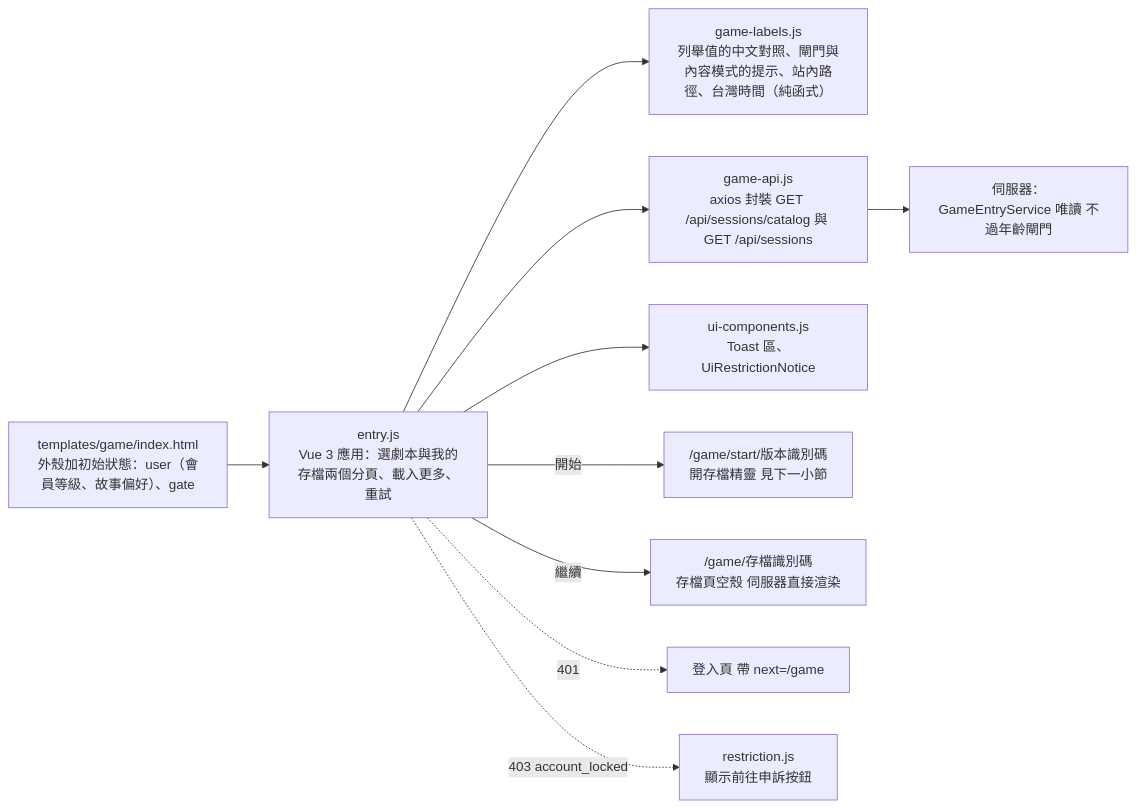
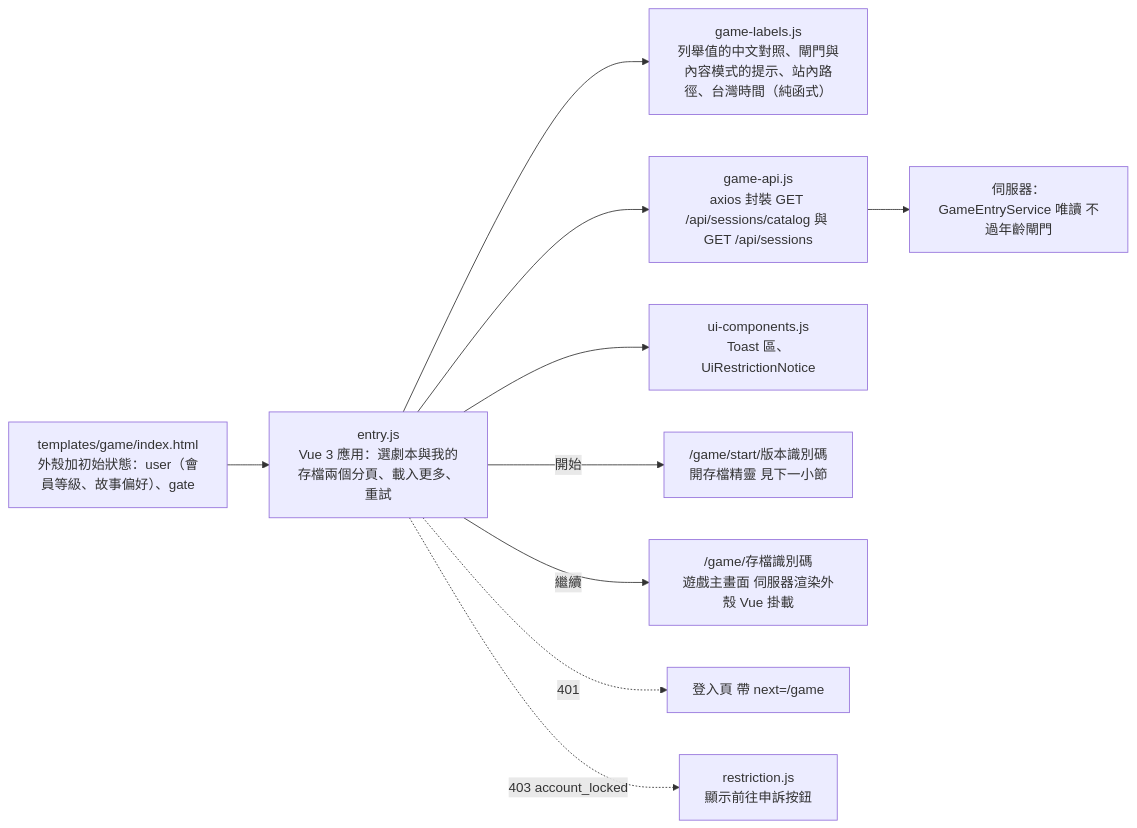
One commit to pp466pp466/R.A.C changed the seventh of 12 diagrams in docs/前端結構-frontend.md. Above: the diagram before and after it, drawn with Mermaid. The commit also changed other lines of this file and 21 other files, not shown here.

First line of the commit message:
rpg-game-ui 批次 3：遊戲主畫面（外殼與樣板、樣式、錢包、session、掛載與端到端整合）

````diff
--- a/docs/前端結構-frontend.md
+++ b/docs/前端結構-frontend.md
@@ -160,12 +161,12 @@
 ```mermaid
 flowchart LR
     Html["templates/game/index.html<br/>外殼加初始狀態：user（會員等級、故事偏好）、gate"] --> En
     En["entry.js<br/>Vue 3 應用：選劇本與我的存檔兩個分頁、載入更多、重試"] --> Labels["game-labels.js<br/>列舉值的中文對照、閘門與內容模式的提示、站內路徑、台灣時間（純函式）"]
     En --> Api["game-api.js<br/>axios 封裝 GET /api/sessions/catalog 與 GET /api/sessions"]
     En --> Ui["ui-components.js<br/>Toast 區、UiRestrictionNotice"]
     Api --> Srv["伺服器：GameEntryService 唯讀 不過年齡閘門"]
     En -->|"開始"| Start["/game/start/版本識別碼<br/>開存檔精靈 見下一小節"]
-    En -->|"繼續"| Save["/game/存檔識別碼<br/>存檔頁空殼 伺服器直接渲染"]
+    En -->|"繼續"| Save["/game/存檔識別碼<br/>遊戲主畫面 伺服器渲染外殼 Vue 掛載"]
     En -.->|"401"| Login["登入頁 帶 next=/game"]
     En -.->|"403 account_locked"| Rs["restriction.js<br/>顯示前往申訴按鈕"]
 ```
````
